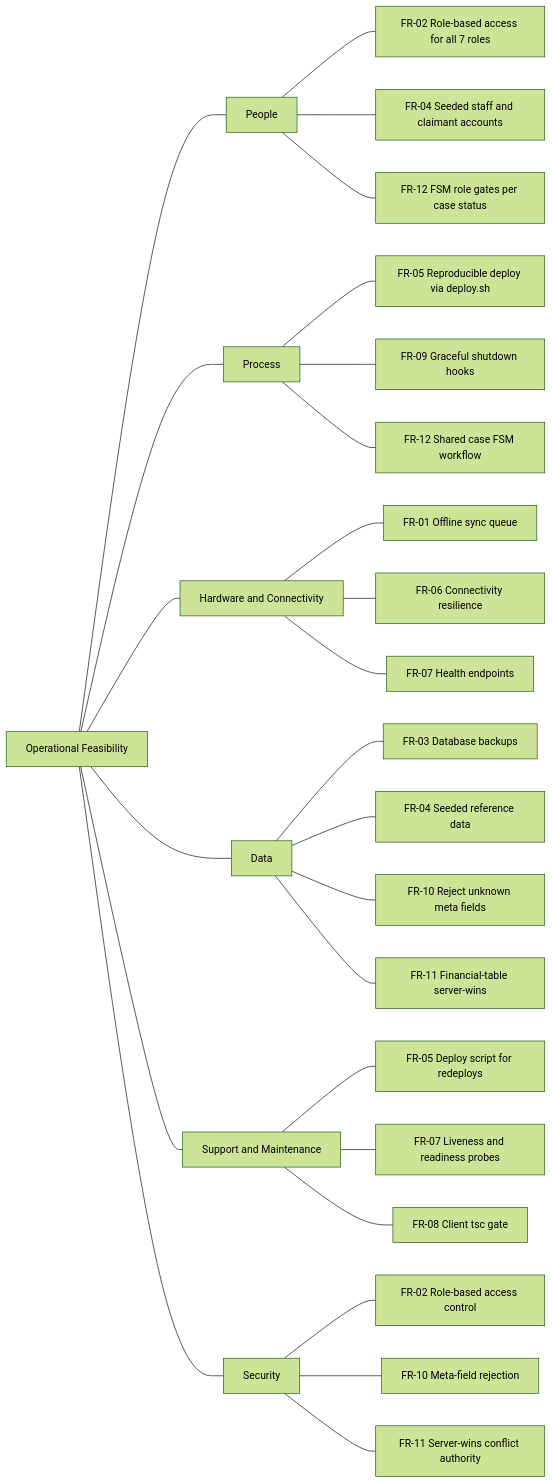
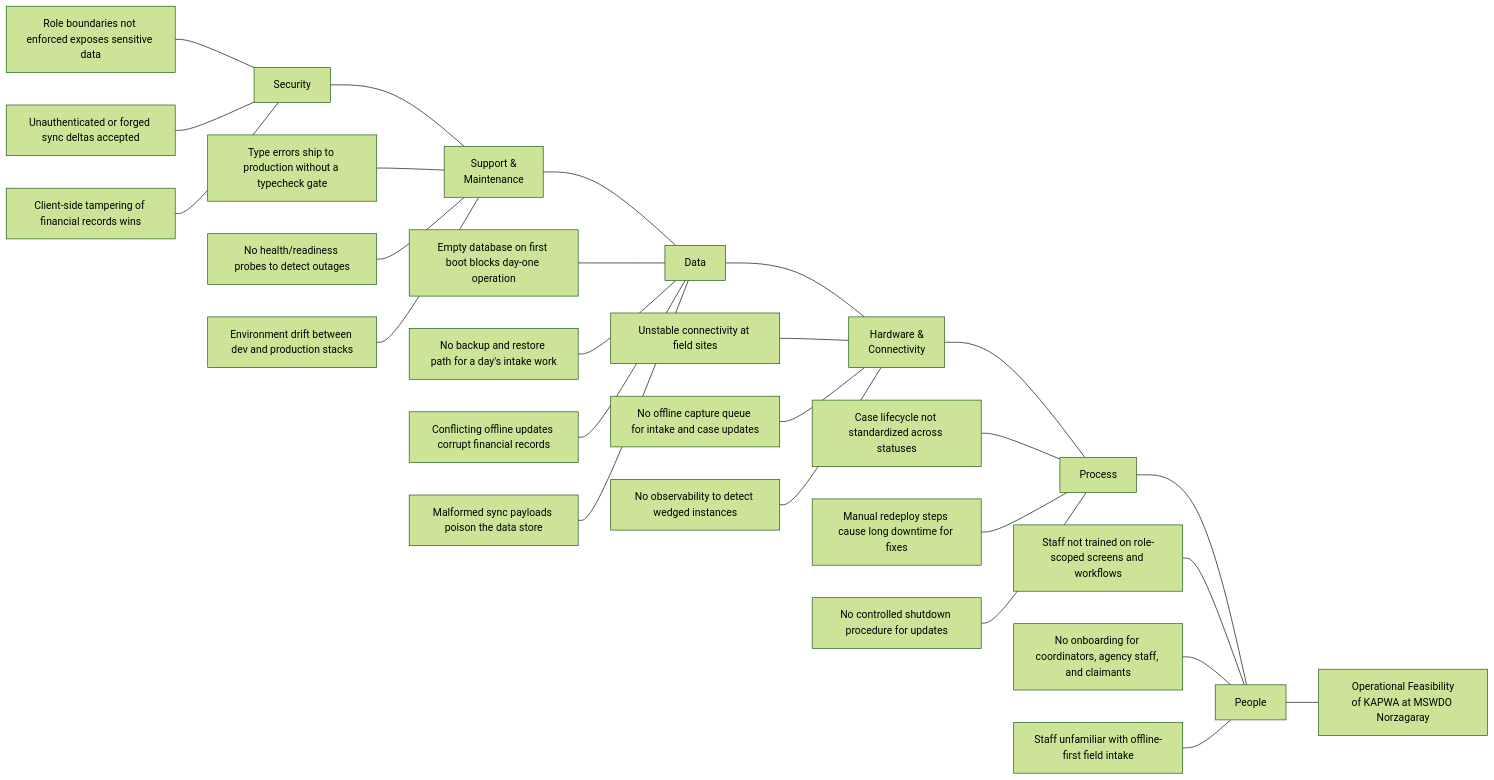
Before and after one commit to urlsalimbot/THESIS1-KAPWA: the diagram in docs/diagrams/01-operational-feasibility-ishikawa.md, drawn with Mermaid (forest theme). The commit also changed other lines of this file, not shown here.

Commit message:
docs: redraw operational feasibility as a true fishbone with cause-to-FR mapping

````diff
--- a/docs/diagrams/01-operational-feasibility-ishikawa.md
+++ b/docs/diagrams/01-operational-feasibility-ishikawa.md
@@ -28,67 +30,58 @@
 ```mermaid
 flowchart LR
-    C["Operational Feasibility"]
-    P["People"]
-    PR["Process"]
-    HW["Hardware and Connectivity"]
-    DT["Data"]
-    SU["Support and Maintenance"]
-    SE["Security"]
+    %% ===== HEAD (the effect under analysis) =====
+    HEAD["Operational Feasibility<br/>of KAPWA at MSWDO Norzagaray"]
 
-    P1["FR-02 Role-based access for all 7 roles"]
-    P2["FR-04 Seeded staff and claimant accounts"]
-    P3["FR-12 FSM role gates per case status"]
+    %% ===== SPINE (main axis; each category node sits on the spine) =====
+    SE["Security"] --- SU["Support &<br/>Maintenance"] --- DT["Data"] --- HW["Hardware &<br/>Connectivity"] --- PR["Process"] --- PP["People"] --- HEAD
 
-    R1["FR-05 Reproducible deploy via deploy.sh"]
-    R2["FR-09 Graceful shutdown hooks"]
-    R3["FR-12 Shared case FSM workflow"]
+    %% ===== PEOPLE — major bone + minor bones (causes) =====
+    PP1["Staff not trained on role-scoped screens and workflows"]
+    PP2["No onboarding for coordinators, agency staff, and claimants"]
+    PP3["Staff unfamiliar with offline-first field intake"]
+    PP1 --- PP
+    PP2 --- PP
+    PP3 --- PP
 
-    H1["FR-01 Offline sync queue"]
-    H2["FR-06 Connectivity resilience"]
-    H3["FR-07 Health endpoints"]
+    %% ===== PROCESS — major bone + minor bones (causes) =====
+    PR1["Case lifecycle not standardized across statuses"]
+    PR2["Manual redeploy steps cause long downtime for fixes"]
+    PR3["No controlled shutdown procedure for updates"]
+    PR1 --- PR
+    PR2 --- PR
+    PR3 --- PR
 
-    D1["FR-03 Database backups"]
-    D2["FR-04 Seeded reference data"]
-    D3["FR-10 Reject unknown meta fields"]
-    D4["FR-11 Financial-table server-wins"]
+    %% ===== HARDWARE & CONNECTIVITY — major bone + minor bones (causes) =====
+    HW1["Unstable connectivity at field sites"]
+    HW2["No offline capture queue for intake and case updates"]
+    HW3["No observability to detect wedged instances"]
+    HW1 --- HW
+    HW2 --- HW
+    HW3 --- HW
 
-    S1["FR-05 Deploy script for redeploys"]
-    S2["FR-07 Liveness and readiness probes"]
-    S3["FR-08 Client tsc gate"]
+    %% ===== DATA — major bone + minor bones (causes) =====
+    DT1["Empty database on first boot blocks day-one operation"]
+    DT2["No backup and restore path for a day's intake work"]
+    DT3["Conflicting offline updates corrupt financial records"]
+    DT4["Malformed sync payloads poison the data store"]
+    DT1 --- DT
+    DT2 --- DT
+    DT3 --- DT
+    DT4 --- DT
 
-    E1["FR-02 Role-based access control"]
-    E2["FR-10 Meta-field rejection"]
-    E3["FR-11 Server-wins conflict authority"]
+    %% ===== SUPPORT & MAINTENANCE — major bone + minor bones (causes) =====
+    SU1["Type errors ship to production without a typecheck gate"]
+    SU2["No health/readiness probes to detect outages"]
+    SU3["Environment drift between dev and production stacks"]
+    SU1 --- SU
+    SU2 --- SU
+    SU3 --- SU
 
-    C --- P
-    C --- PR
-    C --- HW
-    C --- DT
-    C --- SU
-    C --- SE
-
-    P --- P1
-    P --- P2
-    P --- P3
-
-    PR --- R1
-    PR --- R2
-    PR --- R3
-
-    HW --- H1
-    HW --- H2
-    HW --- H3
-
-    DT --- D1
-    DT --- D2
-    DT --- D3
-    DT --- D4
-
-    SU --- S1
-    SU --- S2
-    SU --- S3
-
-    SE --- E1
-    SE --- E2
-    SE --- E3
+    %% ===== SECURITY — major bone + minor bones (causes) =====
+    SE1["Role boundaries not enforced exposes sensitive data"]
+    SE2["Unauthenticated or forged sync deltas accepted"]
+    SE3["Client-side tampering of financial records wins"]
+    SE1 --- SE
+    SE2 --- SE
+    SE3 --- SE
 ```
````
